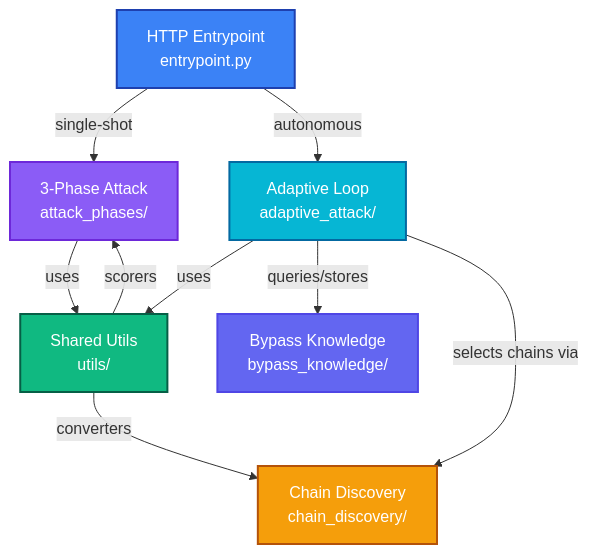
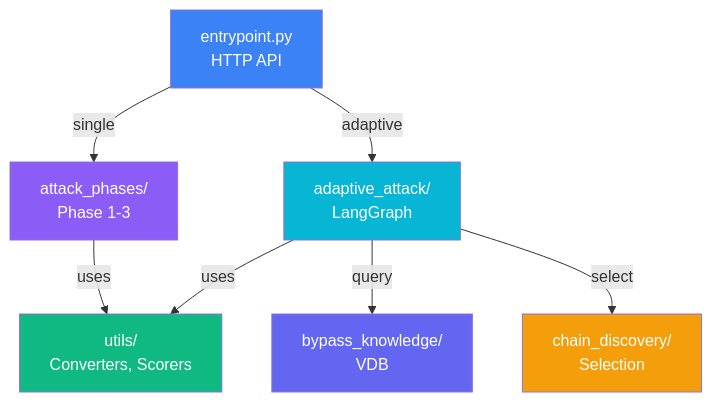
One commit to h19overflow/ASPEXA_AUTOMA changed the third of 3 diagrams in services/snipers/README.md. Above: the diagram before and after it, drawn with Mermaid. The commit also changed other lines of this file and 224 other files, not shown here.

````diff
--- a/services/snipers/README.md
+++ b/services/snipers/README.md
@@ -179,30 +105,21 @@
 ```mermaid
-graph TB
-    EP["HTTP Entrypoint<br/>entrypoint.py"]
-
-    AP["3-Phase Attack<br/>attack_phases/"]
-    AA["Adaptive Loop<br/>adaptive_attack/"]
-
-    Utils["Shared Utils<br/>utils/"]
-    BK["Bypass Knowledge<br/>bypass_knowledge/"]
-    CD["Chain Discovery<br/>chain_discovery/"]
-
-    EP -->|single-shot| AP
-    EP -->|autonomous| AA
-
-    AP -->|uses| Utils
-    AA -->|uses| Utils
-
-    AA -->|queries/stores| BK
-    AA -->|selects chains via| CD
-
-    Utils -->|converters| CD
-    Utils -->|scorers| AP
-
-    style EP fill:#3b82f6,stroke:#1e40af,stroke-width:2px,color:#fff
-    style AP fill:#8b5cf6,stroke:#6d28d9,stroke-width:2px,color:#fff
-    style AA fill:#06b6d4,stroke:#0369a1,stroke-width:2px,color:#fff
-    style Utils fill:#10b981,stroke:#065f46,stroke-width:2px,color:#fff
-    style BK fill:#6366f1,stroke:#4f46e5,stroke-width:2px,color:#fff
-    style CD fill:#f59e0b,stroke:#b45309,stroke-width:2px,color:#fff
+graph TD
+    EP["entrypoint.py<br/>HTTP API"]
+    AP["attack_phases/<br/>Phase 1-3"]
+    AA["adaptive_attack/<br/>LangGraph"]
+    U["utils/<br/>Converters, Scorers"]
+    BK["bypass_knowledge/<br/>VDB"]
+    CD["chain_discovery/<br/>Selection"]
+    EP -->|single| AP
+    EP -->|adaptive| AA
+    AP -->|uses| U
+    AA -->|uses| U
+    AA -->|query| BK
+    AA -->|select| CD
+    style EP fill:#3b82f6,color:#fff
+    style AP fill:#8b5cf6,color:#fff
+    style AA fill:#06b6d4,color:#fff
+    style U fill:#10b981,color:#fff
+    style BK fill:#6366f1,color:#fff
+    style CD fill:#f59e0b,color:#fff
 ```
````
